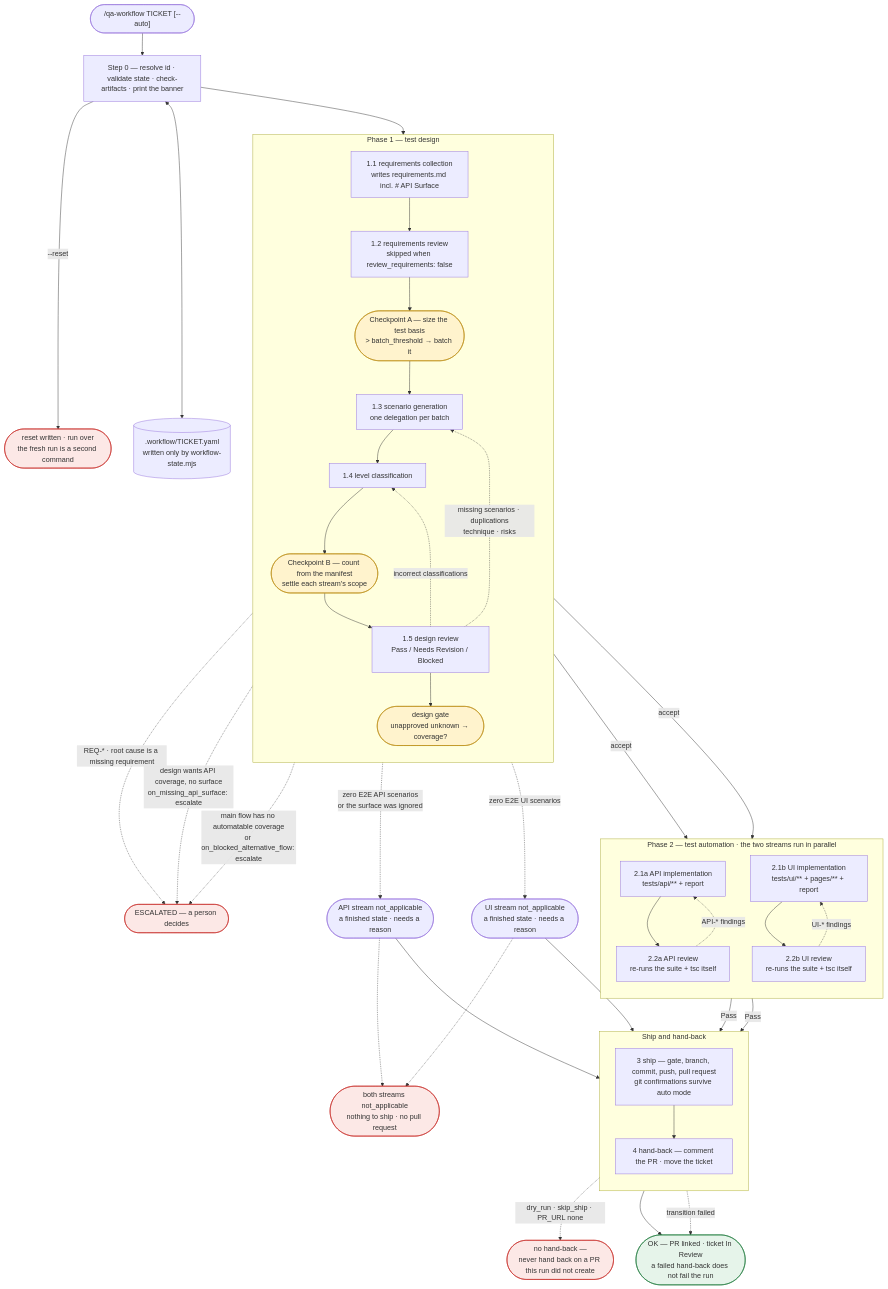
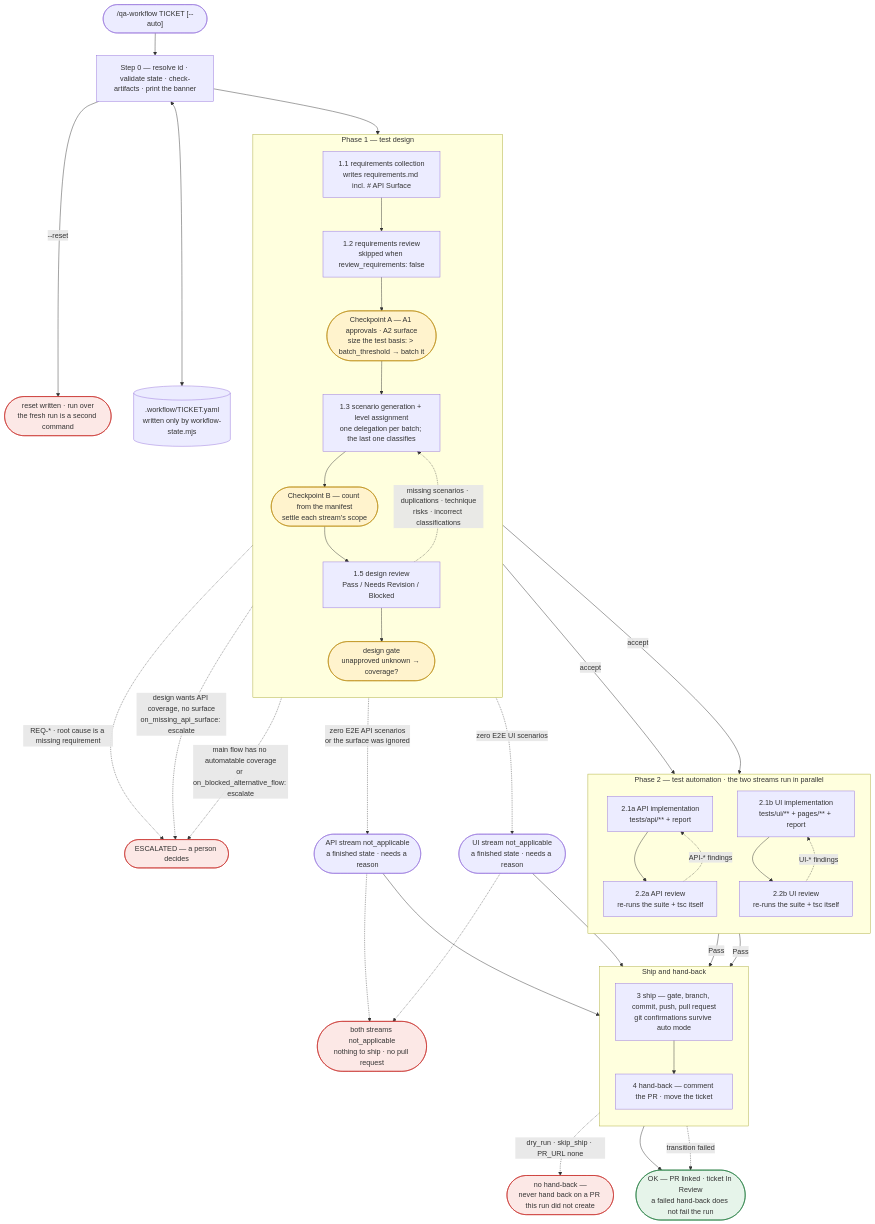
One commit to dneprokos/suvore-qa-confa-test-automation changed the first of 3 diagrams in .claude/skills/qa-workflow/references/workflow-map.md. Above: the diagram before and after it, drawn with Mermaid. The commit also changed other lines of this file and 65 other files, not shown here.

````diff
--- a/.claude/skills/qa-workflow/references/workflow-map.md
+++ b/.claude/skills/qa-workflow/references/workflow-map.md
@@ -19,76 +19,74 @@
 ```mermaid
 flowchart TD
     START(["/qa-workflow TICKET [--auto]"]) --> S0
 
     S0["Step 0 — resolve id · validate state · check-artifacts · print the banner"]
     S0 -->|"--reset"| RST(["reset written · run over<br/>the fresh run is a second command"])
     S0 --> A1
 
     subgraph P1["Phase 1 — test design"]
         direction TB
         A1["1.1 requirements collection<br/>writes requirements.md incl. # API Surface"]
         A2["1.2 requirements review<br/>skipped when review_requirements: false"]
-        CKA(["Checkpoint A — size the test basis<br/>&gt; batch_threshold → batch it"])
-        A3["1.3 scenario generation<br/>one delegation per batch"]
-        A4["1.4 level classification"]
+        CKA(["Checkpoint A — A1 approvals · A2 surface<br/>size the test basis: &gt; batch_threshold → batch it"])
+        A3["1.3 scenario generation + level assignment<br/>one delegation per batch; the last one classifies"]
         CKB(["Checkpoint B — count from the manifest<br/>settle each stream's scope"])
         A5["1.5 design review<br/>Pass / Needs Revision / Blocked"]
         GATE(["design gate<br/>unapproved unknown → coverage?"])
-        A1 --> A2 --> CKA --> A3 --> A4 --> CKB --> A5 --> GATE
+        A1 --> A2 --> CKA --> A3 --> CKB --> A5 --> GATE
     end
 
-    A5 -.->|"missing scenarios · duplications<br/>technique · risks"| A3
-    A5 -.->|"incorrect classifications"| A4
+    A5 -.->|"missing scenarios · duplications · technique<br/>risks · incorrect classifications"| A3
     A5 -.->|"REQ-* · root cause is a missing requirement"| ESC
     CKB -.->|"design wants API coverage, no surface<br/>on_missing_api_surface: escalate"| ESC
     GATE -.->|"main flow has no automatable coverage<br/>or on_blocked_alternative_flow: escalate"| ESC
 
     subgraph P2["Phase 2 — test automation · the two streams run in parallel"]
         direction TB
         B1["2.1a API implementation<br/>tests/api/** + report"]
         B2["2.2a API review<br/>re-runs the suite + tsc itself"]
         C1["2.1b UI implementation<br/>tests/ui/** + pages/** + report"]
         C2["2.2b UI review<br/>re-runs the suite + tsc itself"]
         B1 --> B2
         C1 --> C2
     end
 
     GATE -->|"accept"| B1
     GATE -->|"accept"| C1
     CKB -.->|"zero E2E API scenarios<br/>or the surface was ignored"| NAAPI(["API stream not_applicable<br/>a finished state · needs a reason"])
     CKB -.->|"zero E2E UI scenarios"| NAUI(["UI stream not_applicable<br/>a finished state · needs a reason"])
 
     B2 -.->|"API-* findings"| B1
     C2 -.->|"UI-* findings"| C1
 
     subgraph P3["Ship and hand-back"]
         direction TB
         S3["3 ship — gate, branch, commit, push, pull request<br/>git confirmations survive auto mode"]
         S4["4 hand-back — comment the PR · move the ticket"]
         S3 --> S4
     end
 
     B2 -->|"Pass"| S3
     C2 -->|"Pass"| S3
     NAAPI --> S3
     NAUI --> S3
     NAAPI -.-> NOSHIP
     NAUI -.-> NOSHIP
     NOSHIP(["both streams not_applicable<br/>nothing to ship · no pull request"])
     S3 -.->|"dry_run · skip_ship · PR_URL none"| NOHB(["no hand-back —<br/>never hand back on a PR this run did not create"])
     S4 --> OK
     S4 -.->|"transition failed"| OK
 
     OK(["OK — PR linked · ticket In Review<br/>a failed hand-back does not fail the run"])
     ESC(["ESCALATED — a person decides"])
 
     STATE[(".workflow/TICKET.yaml<br/>written only by workflow-state.mjs")]
     S0 <--> STATE
 
     classDef gate fill:#fff3cd,stroke:#b8860b
     classDef term fill:#e6f4ea,stroke:#137333
     classDef bad fill:#fce8e6,stroke:#c5221f
     class CKA,CKB,GATE gate
     class OK term
     class ESC,NOSHIP,NOHB,RST bad
 ```
````
